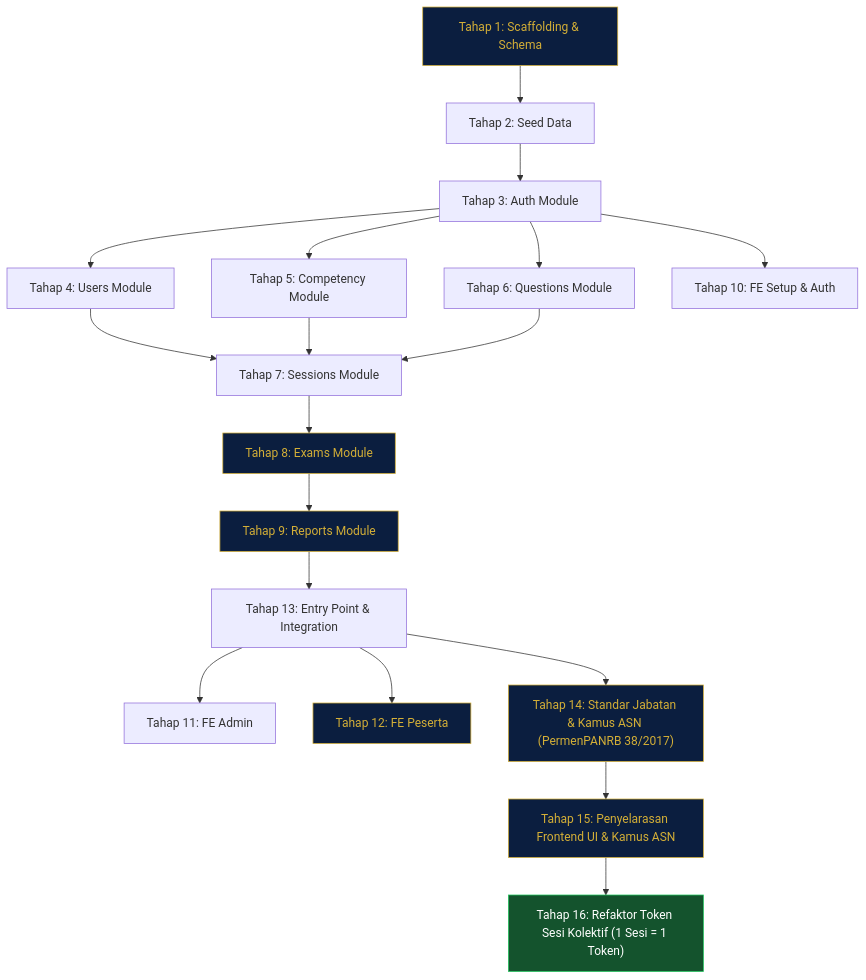
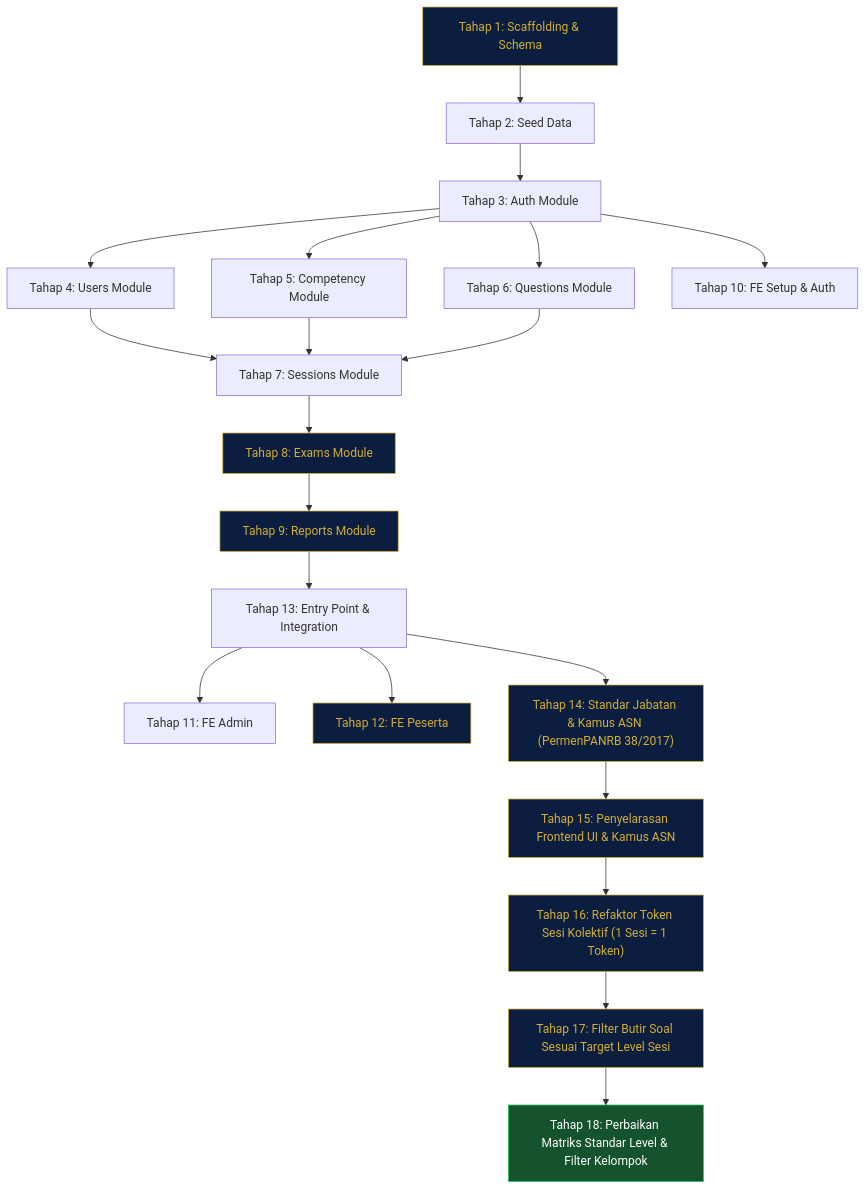
Before and after one commit to oktadhirga/asesmen: the diagram in TDD_PLAN.md, drawn with Mermaid. The commit also changed other lines of this file and 8 other files, not shown here.

Commit message:
feat(exams): filter butir soal per target level sesi, bank soal level 1, dan perbaikan matriks standar ASN (Tahap 17 & 18)

````diff
--- a/TDD_PLAN.md
+++ b/TDD_PLAN.md
@@ -975,28 +1101,32 @@
 ```mermaid
 graph TD
     T1["Tahap 1: Scaffolding & Schema"] --> T2["Tahap 2: Seed Data"]
     T2 --> T3["Tahap 3: Auth Module"]
     T3 --> T4["Tahap 4: Users Module"]
     T3 --> T5["Tahap 5: Competency Module"]
     T3 --> T6["Tahap 6: Questions Module"]
     T4 --> T7["Tahap 7: Sessions Module"]
     T5 --> T7
     T6 --> T7
     T7 --> T8["Tahap 8: Exams Module"]
     T8 --> T9["Tahap 9: Reports Module"]
     T9 --> T13["Tahap 13: Entry Point & Integration"]
     T3 --> T10["Tahap 10: FE Setup & Auth"]
     T13 --> T11["Tahap 11: FE Admin"]
     T13 --> T12["Tahap 12: FE Peserta"]
     T13 --> T14["Tahap 14: Standar Jabatan & Kamus ASN (PermenPANRB 38/2017)"]
     T14 --> T15["Tahap 15: Penyelarasan Frontend UI & Kamus ASN"]
     T15 --> T16["Tahap 16: Refaktor Token Sesi Kolektif (1 Sesi = 1 Token)"]
+    T16 --> T17["Tahap 17: Filter Butir Soal Sesuai Target Level Sesi"]
+    T17 --> T18["Tahap 18: Perbaikan Matriks Standar Level & Filter Kelompok"]
 
     style T1 fill:#0b1e3f,color:#d4af37,stroke:#d4af37
     style T8 fill:#0b1e3f,color:#d4af37,stroke:#d4af37
     style T9 fill:#0b1e3f,color:#d4af37,stroke:#d4af37
     style T12 fill:#0b1e3f,color:#d4af37,stroke:#d4af37
     style T14 fill:#0b1e3f,color:#d4af37,stroke:#d4af37
     style T15 fill:#0b1e3f,color:#d4af37,stroke:#d4af37
-    style T16 fill:#14532d,color:#ffffff,stroke:#22c55e
+    style T16 fill:#0b1e3f,color:#d4af37,stroke:#d4af37
+    style T17 fill:#0b1e3f,color:#d4af37,stroke:#d4af37
+    style T18 fill:#14532d,color:#ffffff,stroke:#22c55e
 ```
````
